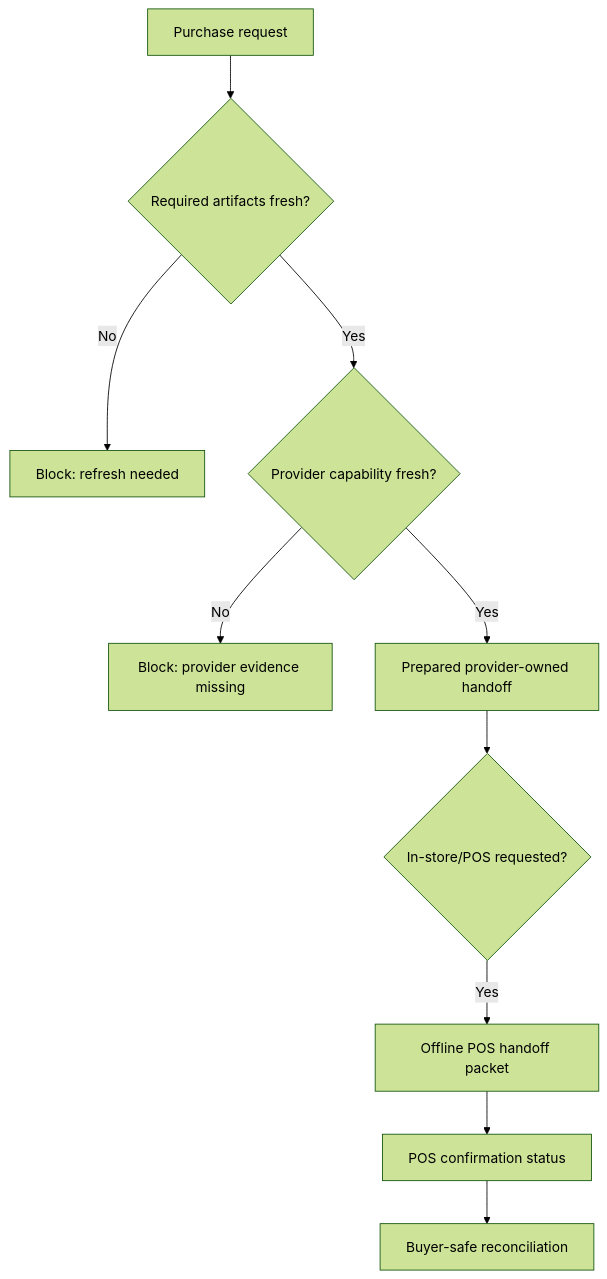
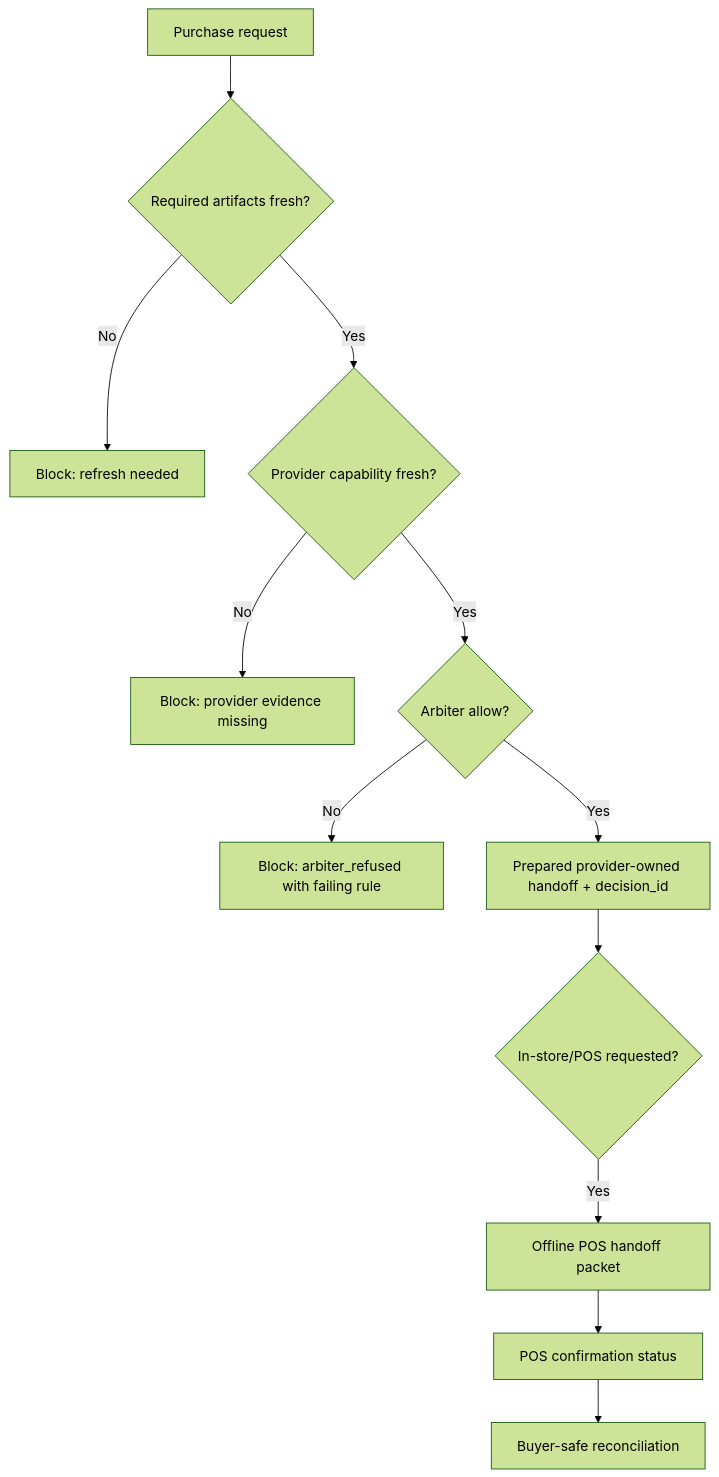
The diagram in docs/oacp/purchase-mandate-handoff.md (mishrasanjeev/agentic-org), drawn with Mermaid (forest theme) before and after one commit. The commit also changed other lines of this file and 45 other files, not shown here.

First line of the commit message:
feat(commerce): commerce ledger, deterministic arbiter and append-only decision tables (G9, G10, G11, G12, G13)

````diff
--- a/docs/oacp/purchase-mandate-handoff.md
+++ b/docs/oacp/purchase-mandate-handoff.md
@@ -28,12 +46,14 @@
 ```mermaid
 flowchart TD
   request[Purchase request] --> artifacts{Required artifacts fresh?}
   artifacts -->|No| block1[Block: refresh needed]
   artifacts -->|Yes| provider{Provider capability fresh?}
   provider -->|No| block2[Block: provider evidence missing]
-  provider -->|Yes| prepared[Prepared provider-owned handoff]
+  provider -->|Yes| arbiter{Arbiter allow?}
+  arbiter -->|No| block3[Block: arbiter_refused with failing rule]
+  arbiter -->|Yes| prepared[Prepared provider-owned handoff + decision_id]
   prepared --> pos{In-store/POS requested?}
   pos -->|Yes| packet[Offline POS handoff packet]
   packet --> callback[POS confirmation status]
   callback --> reconcile[Buyer-safe reconciliation]
 ```
````
